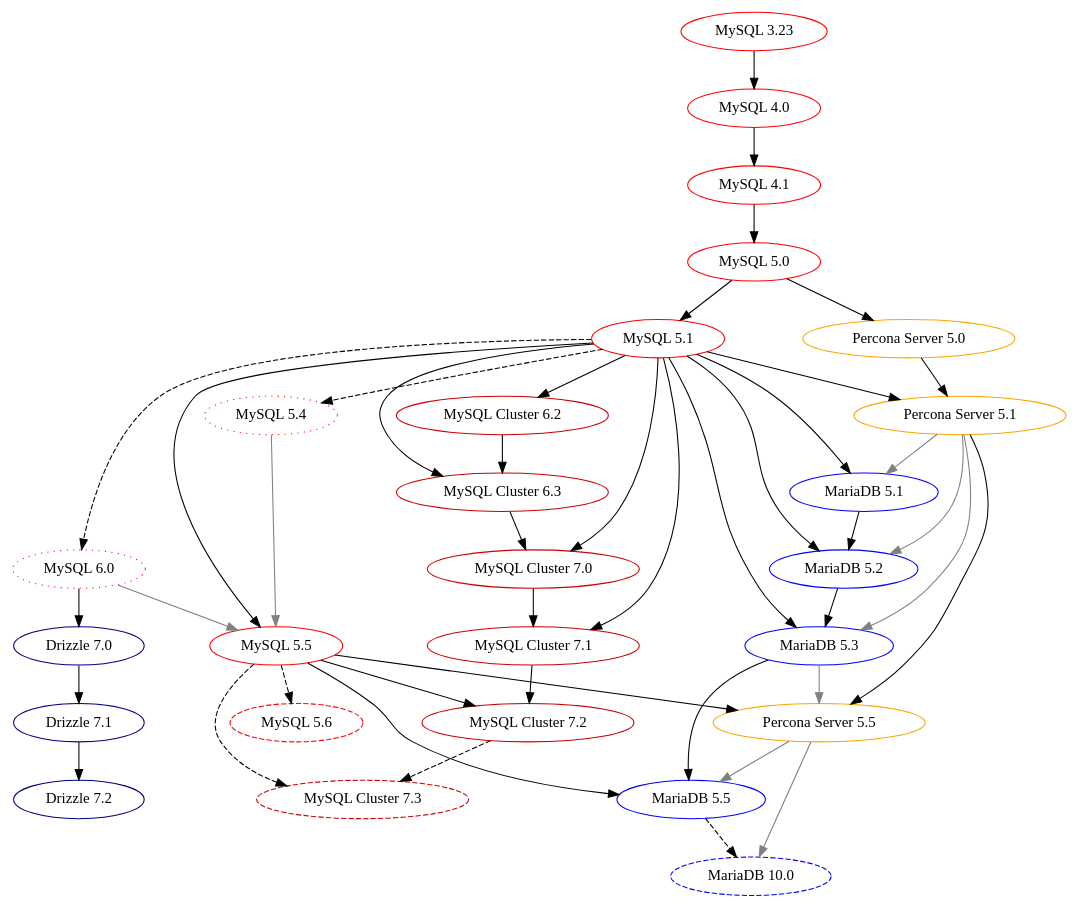
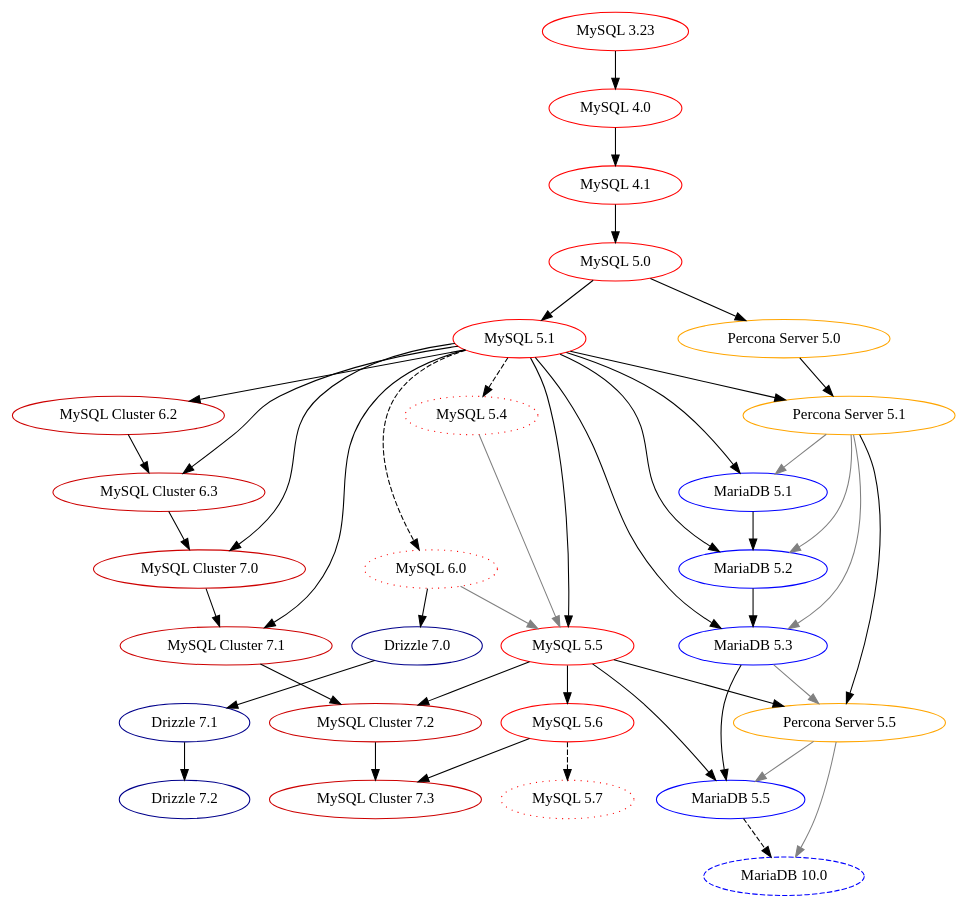
The diagram in mysql-history-graph.dot (dveeden/mysql-history-graph), drawn with Graphviz before and after one commit. The commit also changed 2 other files, not shown here.

Commit message:
Update graphs for:
- MySQL 5.6 is GA
- first milestone release for MySQL 5.7
- MySQL Cluster is based on MySQL 5.6, not MySQL 5.5
- MySQL Cluster 7.3 is GA

```diff
--- a/mysql-history-graph.dot
+++ b/mysql-history-graph.dot
@@ -1,92 +1,94 @@
 digraph mysql_history_graph {
 	/* Standards:
 	   Non-GA: 		dotted
 	   Abandoned: 		dotted 
 	   Oracle MySQL: 	red
 	   MySQL Cluster: 	red3
 	   MariaDB: 		blue
 	   Drizzle: 		blue4
 	   Percona Server: 	orange
 	*/
 
 	/* MySQL/Sun/Oracle MySQL GA */
 	"MySQL 3.23" [color="red"];
 	"MySQL 4.0" [color="red"];
 	"MySQL 4.1" [color="red"];
 	"MySQL 5.0" [color="red"];
 	"MySQL 5.1" [color="red"];
 	"MySQL 5.5" [color="red"];
+	"MySQL 5.6" [color="red"];
 	"MySQL 3.23" -> "MySQL 4.0";
 	"MySQL 4.0" -> "MySQL 4.1";
 	"MySQL 4.1" -> "MySQL 5.0";
 	"MySQL 5.0" -> "MySQL 5.1";
 	"MySQL 5.1" -> "MySQL 5.5";
+	"MySQL 5.5" -> "MySQL 5.6";
 	"MySQL 5.4" -> "MySQL 5.5" [color="grey"]; // InnoDB Scalability
 	"MySQL 6.0" -> "MySQL 5.5" [color="grey"]; // Optimizer improvements
 
 	/* MySQL/Sun/Oracle non-GA */	
 	"MySQL 5.4" [color="red",style="dotted"];
-	"MySQL 5.6" [color="red",style="dashed"];
+	"MySQL 5.7" [color="red",style="dotted"];
 	"MySQL 6.0" [color="red",style="dotted"];
 	"MySQL 5.1" -> "MySQL 5.4" [style="dashed"];
-	"MySQL 5.5" -> "MySQL 5.6" [style="dashed"];
 	"MySQL 5.1" -> "MySQL 6.0" [style="dashed"];
+	"MySQL 5.6" -> "MySQL 5.7" [style="dashed"];
 
 	/* MySQL Cluster (NDB) */
 	"MySQL Cluster 6.2" [color="red3"]
 	"MySQL Cluster 6.3" [color="red3"]
 	"MySQL Cluster 7.0" [color="red3"]
 	"MySQL Cluster 7.1" [color="red3"]
 	"MySQL Cluster 7.2" [color="red3"]
-	"MySQL Cluster 7.3"  [color="red3",style="dashed"];
+	"MySQL Cluster 7.3"  [color="red3"]
 	"MySQL 5.1" -> "MySQL Cluster 6.2";
 	"MySQL 5.1" -> "MySQL Cluster 6.3";
 	"MySQL Cluster 6.2" -> "MySQL Cluster 6.3";
 	"MySQL 5.1" -> "MySQL Cluster 7.0";
 	"MySQL Cluster 6.3" -> "MySQL Cluster 7.0";
 	"MySQL 5.1" -> "MySQL Cluster 7.1";
 	"MySQL Cluster 7.0" -> "MySQL Cluster 7.1";
 	"MySQL 5.5" -> "MySQL Cluster 7.2";
 	"MySQL Cluster 7.1" -> "MySQL Cluster 7.2";
-	"MySQL 5.5" -> "MySQL Cluster 7.3" [style="dashed"];
-	"MySQL Cluster 7.2" -> "MySQL Cluster 7.3" [style="dashed"];
+	"MySQL 5.6" -> "MySQL Cluster 7.3";
+	"MySQL Cluster 7.2" -> "MySQL Cluster 7.3";
 
 	/* MariaDB */
 	"MariaDB 5.1" [color="blue"];
 	"MariaDB 5.2" [color="blue"];
 	"MariaDB 5.3" [color="blue"];
 	"MariaDB 5.5" [color="blue"];
 	"MariaDB 10.0" [color="blue", style="dashed"];
 	"MySQL 5.1" -> "MariaDB 5.1";
 	"Percona Server 5.1" -> "MariaDB 5.1" [color="grey"]; // XtraDB
 	"MySQL 5.1" -> "MariaDB 5.2";
 	"MariaDB 5.1" -> "MariaDB 5.2";
 	"Percona Server 5.1" -> "MariaDB 5.2" [color="grey"]; // XtraDB
 	"MySQL 5.1" -> "MariaDB 5.3";
 	"MariaDB 5.2" -> "MariaDB 5.3";
 	"Percona Server 5.1" -> "MariaDB 5.3" [color="grey"]; // XtraDB
 	"MySQL 5.5" -> "MariaDB 5.5";
 	"MariaDB 5.3" -> "MariaDB 5.5";
 	"Percona Server 5.5" -> "MariaDB 5.5" [color="grey"]; // XtraDB
 	"MariaDB 5.5" -> "MariaDB 10.0" [style="dashed"];
 	"Percona Server 5.5" -> "MariaDB 10.0" [color="grey"]; // XtraDB
 
 	/* Percona Server */
 	"Percona Server 5.0" [color="orange"];
 	"Percona Server 5.1" [color="orange"];
 	"Percona Server 5.5" [color="orange"];
 	"MySQL 5.0" -> "Percona Server 5.0";
 	"MySQL 5.1" -> "Percona Server 5.1";
 	"Percona Server 5.0" -> "Percona Server 5.1";
 	"MySQL 5.5" -> "Percona Server 5.5";
 	"Percona Server 5.1" -> "Percona Server 5.5";
 	"MariaDB 5.3" -> "Percona Server 5.5" [color="grey"]; // group commit
 
 	/* Drizzle */
 	"Drizzle 7.0" [color="blue4"];
 	"Drizzle 7.1" [color="blue4"];
 	"Drizzle 7.2" [color="blue4"];
 	"MySQL 6.0" -> "Drizzle 7.0"	
 	"Drizzle 7.0" -> "Drizzle 7.1"	
 	"Drizzle 7.1" -> "Drizzle 7.2"	
 }
```
